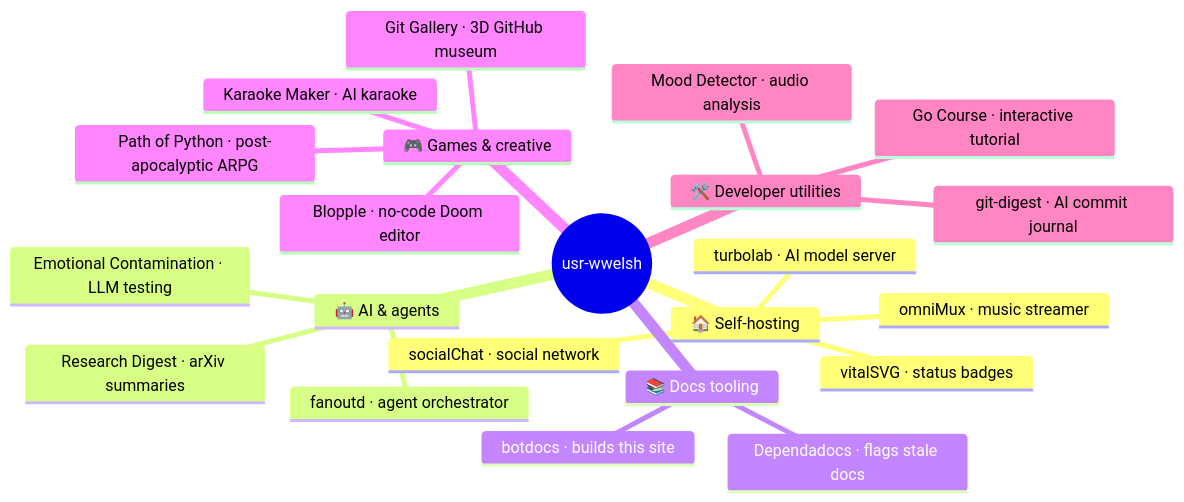
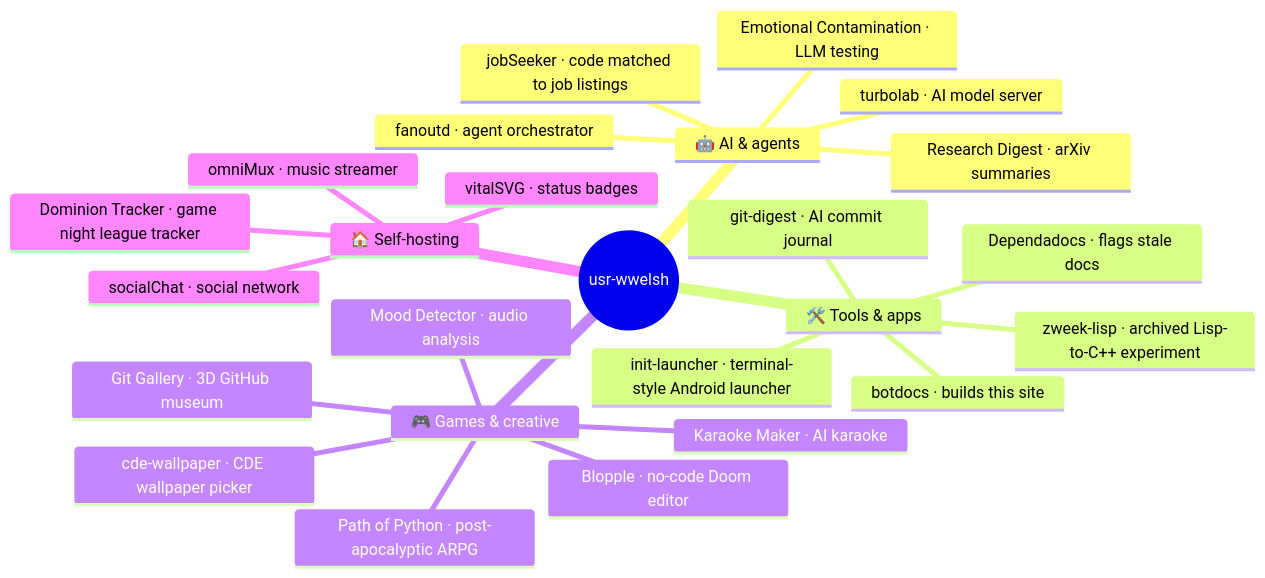
One commit to usr-wwelsh/docs changed the diagram in home.md. Above: the diagram before and after it, drawn with Mermaid.

Commit message:
feat: expand mindmap to all repos

````diff
--- a/home.md
+++ b/home.md
@@ -15,25 +15,28 @@
 ```mermaid
 mindmap
   root((usr-wwelsh))
-    🏠 Self-hosting
+    🤖 AI & agents
       turbolab · AI model server
-      omniMux · music streamer
-      socialChat · social network
-      vitalSVG · status badges
-    🤖 AI & agents
       fanoutd · agent orchestrator
       Research Digest · arXiv summaries
       Emotional Contamination · LLM testing
-    📚 Docs tooling
+      jobSeeker · code matched to job listings
+    🛠️ Tools & apps
       botdocs · builds this site
       Dependadocs · flags stale docs
+      git-digest · AI commit journal
+      init-launcher · terminal-style Android launcher
+      zweek-lisp · archived Lisp-to-C++ experiment
     🎮 Games & creative
       Blopple · no-code Doom editor
       Path of Python · post-apocalyptic ARPG
       Git Gallery · 3D GitHub museum
       Karaoke Maker · AI karaoke
-    🛠️ Developer utilities
-      git-digest · AI commit journal
-      Go Course · interactive tutorial
       Mood Detector · audio analysis
+      cde-wallpaper · CDE wallpaper picker
+    🏠 Self-hosting
+      omniMux · music streamer
+      socialChat · social network
+      vitalSVG · status badges
+      Dominion Tracker · game night league tracker
 ```
````
